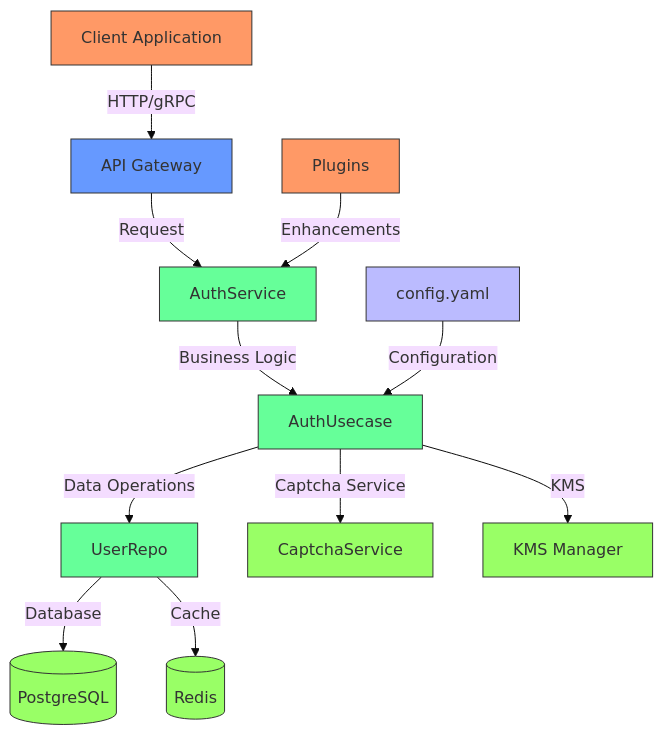
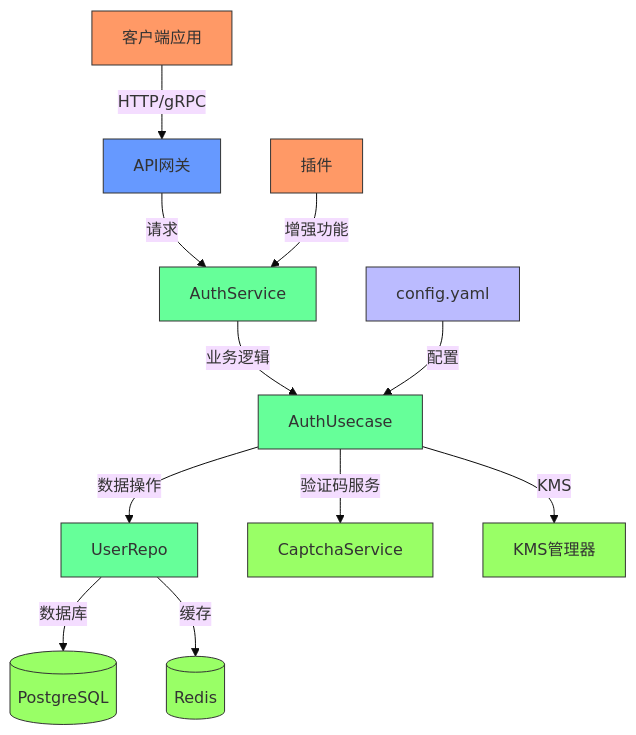
The second of 6 diagrams in .qoder/repowiki/zh/content/Security Considerations/Authentication Flow Security.md (26huitailang/kratos-boilerplate), drawn with Mermaid (base theme) before and after one commit. The commit also changed other lines of this file and 31 other files, not shown here.

````diff
--- a/.qoder/repowiki/zh/content/Security Considerations/Authentication Flow Security.md
+++ b/.qoder/repowiki/zh/content/Security Considerations/Authentication Flow Security.md
@@ -106,24 +114,24 @@
 ```mermaid
 graph TD
-Client[Client Application] --> |HTTP/gRPC| API[API Gateway]
-API --> |Request| AuthService[AuthService]
-AuthService --> |Business Logic| AuthUsecase[AuthUsecase]
-AuthUsecase --> |Data Operations| UserRepo[UserRepo]
-UserRepo --> |Database| DB[(PostgreSQL)]
-UserRepo --> |Cache| Redis[(Redis)]
-AuthUsecase --> |Captcha Service| CaptchaService[CaptchaService]
-AuthUsecase --> |KMS| KMS[KMS Manager]
-Config[config.yaml] --> |Configuration| AuthUsecase
-Plugins[Plugins] --> |Enhancements| AuthService
+Client[客户端应用] --> |HTTP/gRPC| API[API网关]
+API --> |请求| AuthService[AuthService]
+AuthService --> |业务逻辑| AuthUsecase[AuthUsecase]
+AuthUsecase --> |数据操作| UserRepo[UserRepo]
+UserRepo --> |数据库| DB[(PostgreSQL)]
+UserRepo --> |缓存| Redis[(Redis)]
+AuthUsecase --> |验证码服务| CaptchaService[CaptchaService]
+AuthUsecase --> |KMS| KMS[KMS管理器]
+Config[config.yaml] --> |配置| AuthUsecase
+Plugins[插件] --> |增强功能| AuthService
 style Client fill:#f96,stroke:#333
 style API fill:#69f,stroke:#333
 style AuthService fill:#6f9,stroke:#333
 style AuthUsecase fill:#6f9,stroke:#333
 style UserRepo fill:#6f9,stroke:#333
 style DB fill:#9f6,stroke:#333
 style Redis fill:#9f6,stroke:#333
 style CaptchaService fill:#9f6,stroke:#333
 style KMS fill:#9f6,stroke:#333
 style Config fill:#bbf,stroke:#333
 style Plugins fill:#f96,stroke:#333
 ```
````
